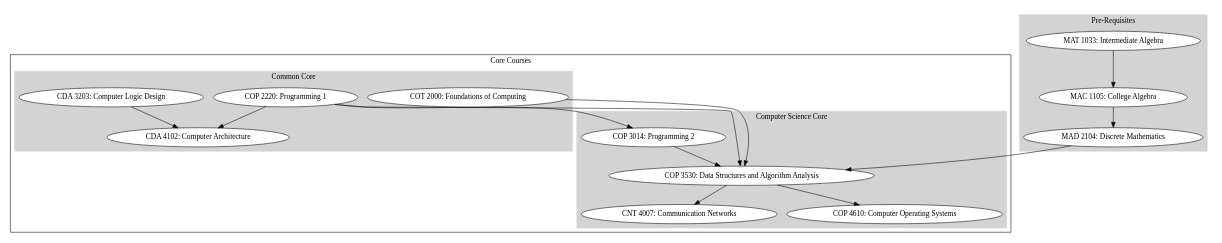
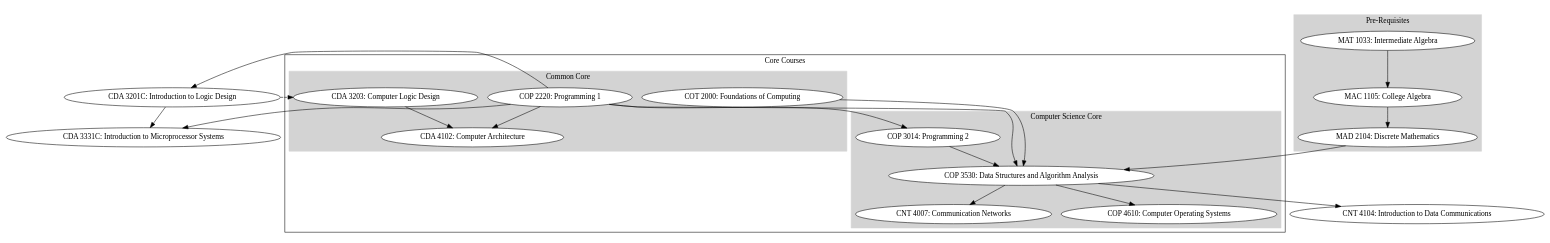
One commit to jdrowne/monorepo changed the diagram in education/course-sequences/fau-bscpe-non-degree.gv. Above: the diagram before and after it, drawn with Graphviz.

Commit message:
Adding 3 more courses and their pre-requisites

```diff
--- a/education/course-sequences/fau-bscpe-non-degree.gv
+++ b/education/course-sequences/fau-bscpe-non-degree.gv
@@ -1,144 +1,169 @@
 digraph G {
+    CDA_3201C [
+        fillcolor = white,
+        label = "CDA 3201C: Introduction to Logic Design",
+        style = filled
+    ]
+
     CDA_3203 [
         fillcolor = white,
         label = "CDA 3203: Computer Logic Design",
+        style = filled
+    ]
+    
+    CDA_3331C [
+        fillcolor = white,
+        label = "CDA 3331C: Introduction to Microprocessor Systems",
         style = filled
     ]
     
     CDA_4102 [
         fillcolor = white,
         label = "CDA 4102: Computer Architecture",
         style = filled
     ]
     
     CNT_4007 [
         fillcolor = white,
         label = "CNT 4007: Communication Networks",
+        style = filled
+    ]
+    
+    CNT_4104 [
+        fillcolor = white,
+        label = "CNT 4104: Introduction to Data Communications",
         style = filled
     ]
     
     COP_2220 [
         fillcolor = white,
         label = "COP 2220: Programming 1",
         style = filled
     ]
     
     COP_3014 [
         fillcolor = white,
         label = "COP 3014: Programming 2",
         style = filled
     ]
     
     COP_3530 [
         fillcolor = white,
         label = "COP 3530: Data Structures and Algorithm Analysis",
         style = filled
     ]
     
     COP_4610 [
         fillcolor = white,
         label = "COP 4610: Computer Operating Systems",
         style = filled
     ]
     
     COT_2000 [
         fillcolor = white,
         label = "COT 2000: Foundations of Computing ",
         style = filled
     ]
 
     MAC_1105 [
         fillcolor = white,
         label = "MAC 1105: College Algebra",
         style = filled
     ]
     
     MAD_2104 [
         fillcolor = white,
         label = "MAD 2104: Discrete Mathematics",
         style = filled
     ]
 
     MAT_1033 [
         fillcolor = white,
         label = "MAT 1033: Intermediate Algebra",
         style = filled
     ]
 
     subgraph cluster_0 {
         color = invis
 
         subgraph cluster_0 {
             color = lightgrey
             label = "Pre-Requisites"
             style = filled
             
             node [
                 color = white,
                 style = filled
             ]
 
             MAC_1105  -> MAD_2104
 
             MAT_1033  -> MAC_1105
         }
     }
 
     subgraph cluster_1 {
         label = "Core Courses"
         
         subgraph cluster_0 {
             color = lightgrey
             label = "Common Core"
             style = filled
 
             node [
                 color = white,
                 style = filled
             ]
 
             COT_2000
 
             CDA_3203  -> CDA_4102
             
             COP_2220  -> CDA_4102
         }
 
         subgraph cluster_1 {
             color = lightgrey
             label = "Computer Science Core"
             style = filled
 
             node [
                 color = white,
                 style = filled
             ]
 
             COP_3530  -> CNT_4007
             COP_3530  -> COP_4610
 
             COP_3014
             
             COP_4610
 
             MAD_2104  -> COP_3530
         }
 
         subgraph cluster_2 {
             color = lightgrey
             label = "Computer Engineering Core"
             style = filled
 
             node [
                 color = white,
                 style = filled
             ]
         }
 
         COP_2220  -> COP_3014
         COP_2220  -> COP_3530
         COP_3014  -> COP_3530
 
         COT_2000  -> COP_3530
     }
+    
+    CDA_3201C -> CDA_3203 [style = "dashed"]
+    CDA_3201C -> CDA_3331C
+
+    COP_2220  -> CDA_3201C
+    COP_2220  -> CDA_3331C
+    COP_3530  -> CNT_4104
 }
```
